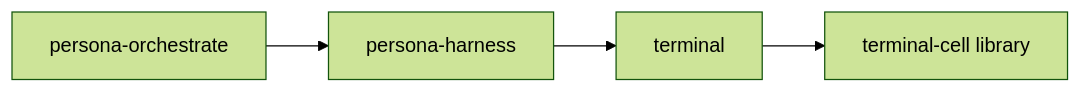
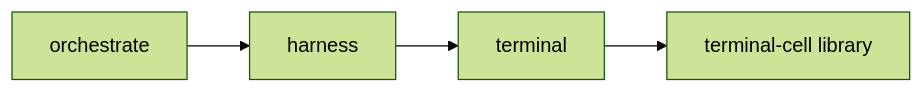
The diagram in ARCHITECTURE.md (LiGoldragon/owner-signal-terminal), drawn with Mermaid (forest theme) before and after one commit. The commit also changed other lines of this file and 6 other files, not shown here.

````diff
--- a/ARCHITECTURE.md
+++ b/ARCHITECTURE.md
@@ -16,6 +16,6 @@
 ```mermaid
 flowchart LR
-    orchestrate["persona-orchestrate"] --> harness["persona-harness"]
+    orchestrate["orchestrate"] --> harness["harness"]
     harness --> terminal["terminal"]
     terminal --> cell["terminal-cell library"]
 ```
````
